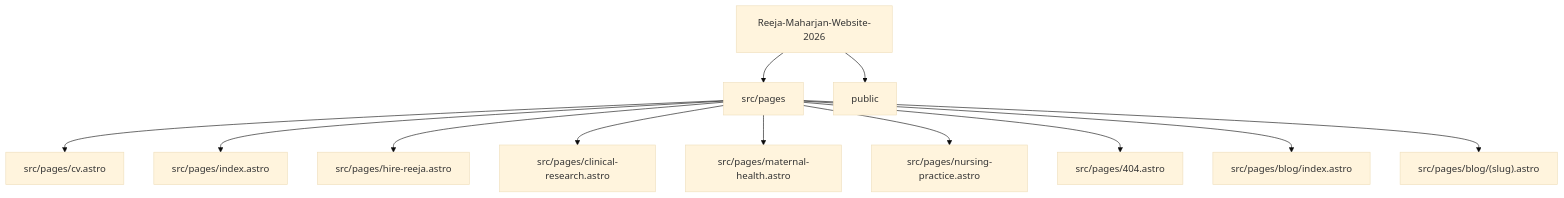
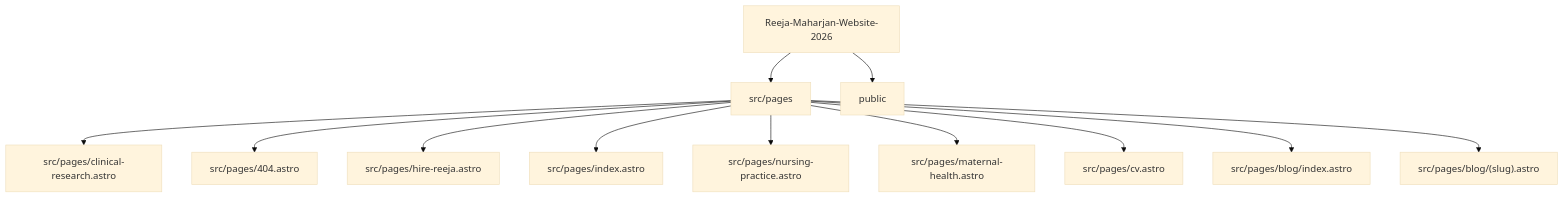
One commit to Nischhalsubba/Reeja-Maharjan-Website-2026 changed the second of 5 diagrams in README.md. Above: the diagram before and after it, drawn with Mermaid (base theme).

Commit message:
docs: apply designer README standard

````diff
--- a/README.md
+++ b/README.md
@@ -90,15 +90,15 @@
 ```mermaid
 flowchart TD
     APP["Reeja-Maharjan-Website-2026"]
     APP --> R0["src/pages"]
     APP --> R1["public"]
-    R0 --> F0["src/pages/cv.astro"]
-    R0 --> F1["src/pages/index.astro"]
+    R0 --> F0["src/pages/clinical-research.astro"]
+    R0 --> F1["src/pages/404.astro"]
     R0 --> F2["src/pages/hire-reeja.astro"]
-    R0 --> F3["src/pages/clinical-research.astro"]
-    R0 --> F4["src/pages/maternal-health.astro"]
-    R0 --> F5["src/pages/nursing-practice.astro"]
-    R0 --> F6["src/pages/404.astro"]
+    R0 --> F3["src/pages/index.astro"]
+    R0 --> F4["src/pages/nursing-practice.astro"]
+    R0 --> F5["src/pages/maternal-health.astro"]
+    R0 --> F6["src/pages/cv.astro"]
     R0 --> F7["src/pages/blog/index.astro"]
     R0 --> F8["src/pages/blog/(slug).astro"]
 ```
````
